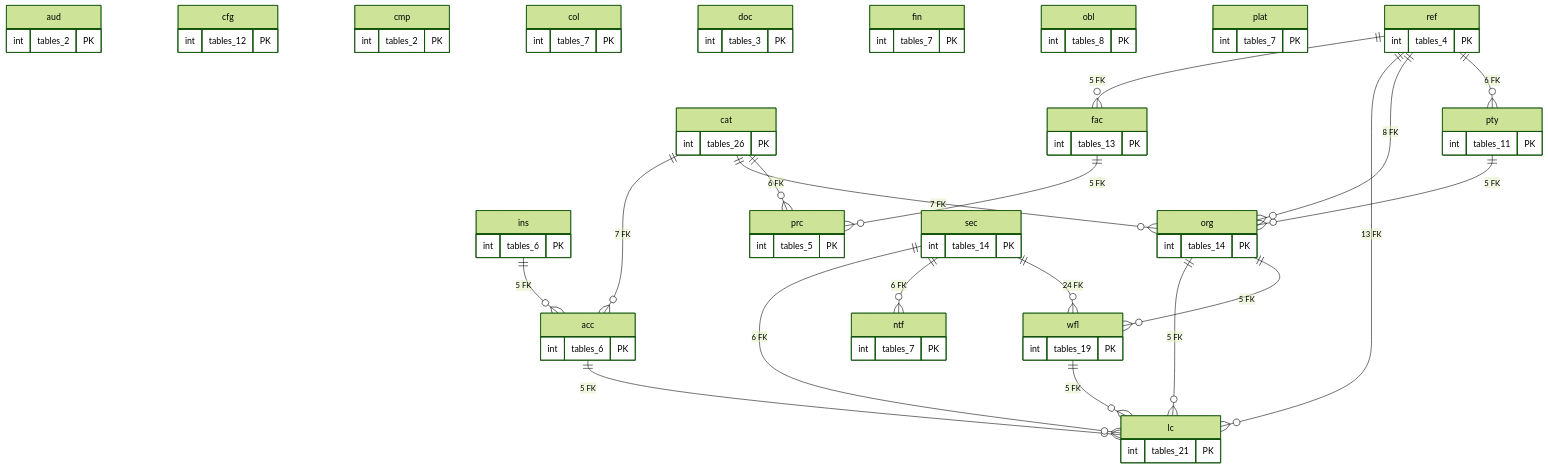
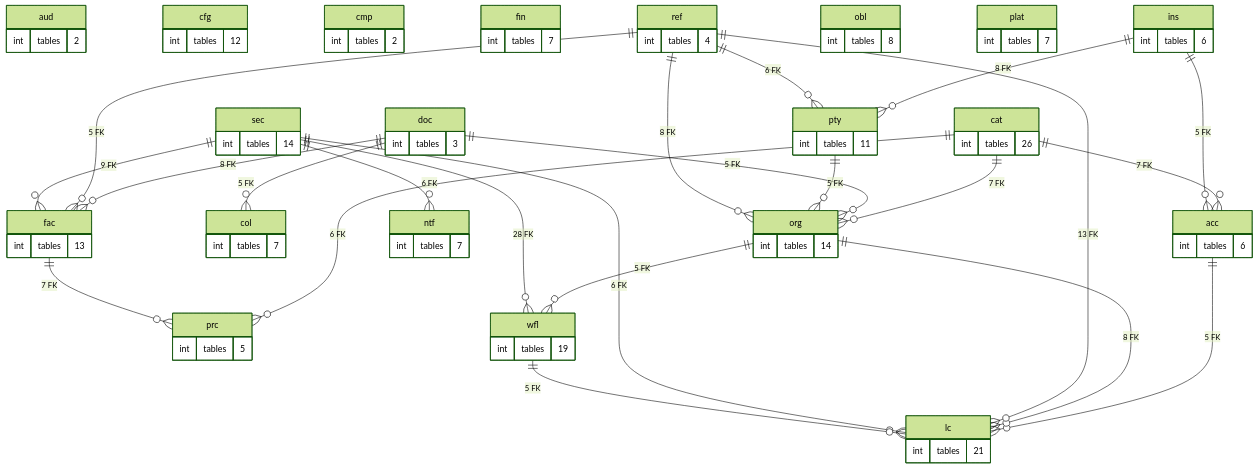
Before and after one commit to thawrasy/smartlines: the diagram in treasury-platform/docs/diagrams/erd/schema_map.mmd, drawn with Mermaid (forest theme). The commit also changed 80 other files, not shown here.

```diff
--- a/treasury-platform/docs/diagrams/erd/schema_map.mmd
+++ b/treasury-platform/docs/diagrams/erd/schema_map.mmd
@@ -1,79 +1,84 @@
-%% خريطة المخططات: العلاقات بين المخططات التي فيها خمسة مفاتيح أجنبية أو أكثر (التفصيل في جداول العلاقات)
+%% خريطة المخططات: العلاقة = عدد المفاتيح الأجنبية بين المخططين (≥ 5)
 erDiagram
   acc {
-    int tables_6 PK
+    int tables "6"
   }
   aud {
-    int tables_2 PK
+    int tables "2"
   }
   cat {
-    int tables_26 PK
+    int tables "26"
   }
   cfg {
-    int tables_12 PK
+    int tables "12"
   }
   cmp {
-    int tables_2 PK
+    int tables "2"
   }
   col {
-    int tables_7 PK
+    int tables "7"
   }
   doc {
-    int tables_3 PK
+    int tables "3"
   }
   fac {
-    int tables_13 PK
+    int tables "13"
   }
   fin {
-    int tables_7 PK
+    int tables "7"
   }
   ins {
-    int tables_6 PK
+    int tables "6"
   }
   lc {
-    int tables_21 PK
+    int tables "21"
   }
   ntf {
-    int tables_7 PK
+    int tables "7"
   }
   obl {
-    int tables_8 PK
+    int tables "8"
   }
   org {
-    int tables_14 PK
+    int tables "14"
   }
   plat {
-    int tables_7 PK
+    int tables "7"
   }
   prc {
-    int tables_5 PK
+    int tables "5"
   }
   pty {
-    int tables_11 PK
+    int tables "11"
   }
   ref {
-    int tables_4 PK
+    int tables "4"
   }
   sec {
-    int tables_14 PK
+    int tables "14"
   }
   wfl {
-    int tables_19 PK
+    int tables "19"
   }
   acc ||--o{ lc : "5 FK"
   cat ||--o{ acc : "7 FK"
   cat ||--o{ org : "7 FK"
   cat ||--o{ prc : "6 FK"
-  fac ||--o{ prc : "5 FK"
+  doc ||--o{ col : "5 FK"
+  doc ||--o{ fac : "8 FK"
+  doc ||--o{ org : "5 FK"
+  fac ||--o{ prc : "7 FK"
   ins ||--o{ acc : "5 FK"
-  org ||--o{ lc : "5 FK"
+  ins ||--o{ pty : "8 FK"
+  org ||--o{ lc : "8 FK"
   org ||--o{ wfl : "5 FK"
   pty ||--o{ org : "5 FK"
   ref ||--o{ fac : "5 FK"
   ref ||--o{ lc : "13 FK"
   ref ||--o{ org : "8 FK"
   ref ||--o{ pty : "6 FK"
+  sec ||--o{ fac : "9 FK"
   sec ||--o{ lc : "6 FK"
   sec ||--o{ ntf : "6 FK"
-  sec ||--o{ wfl : "24 FK"
+  sec ||--o{ wfl : "28 FK"
   wfl ||--o{ lc : "5 FK"
```
